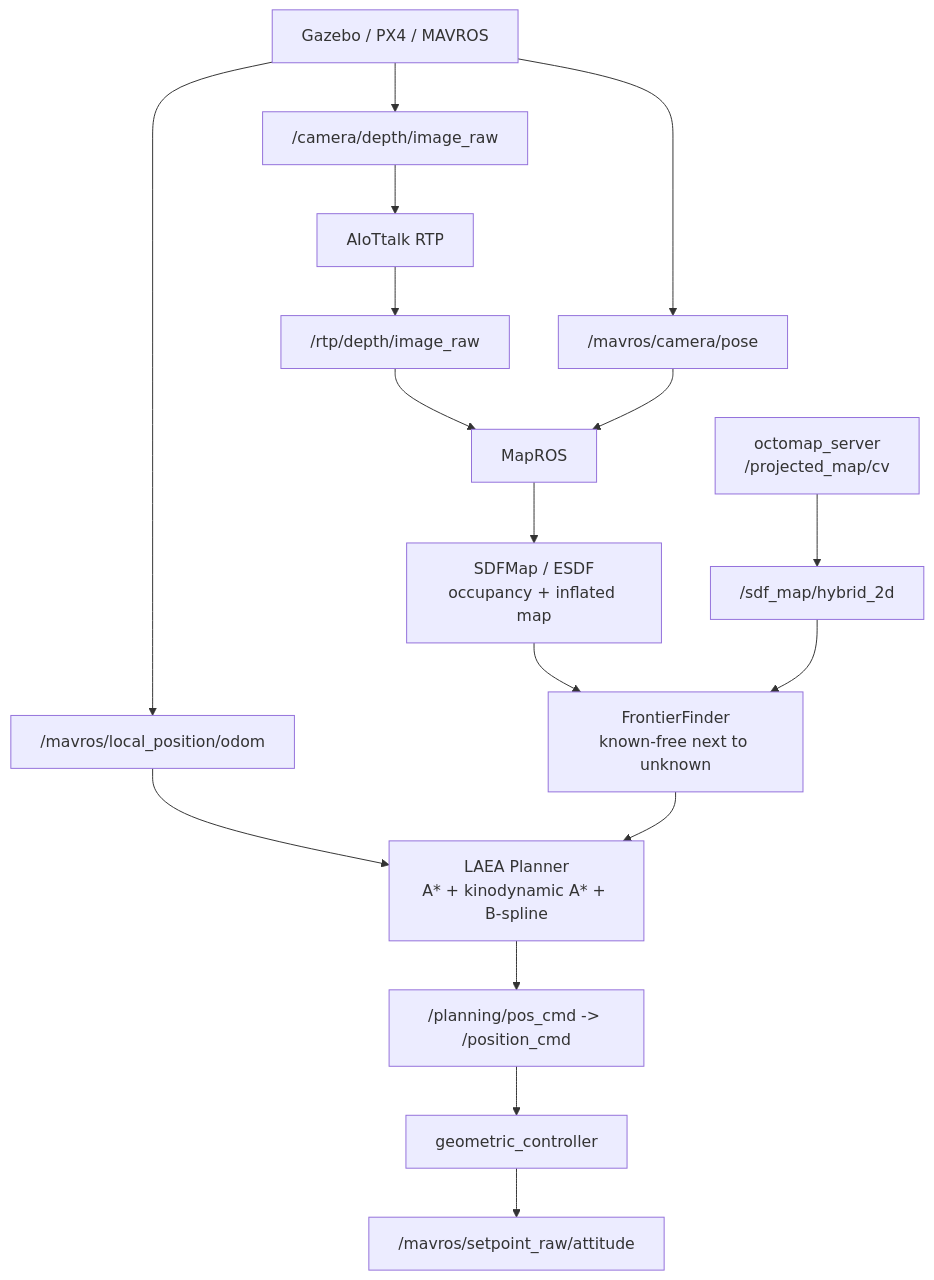
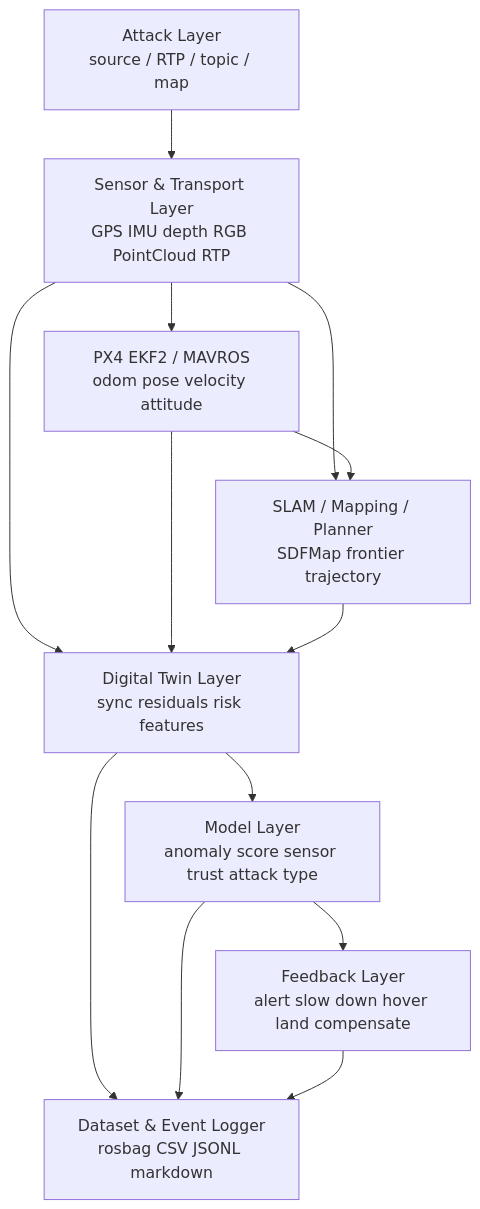
One commit to ting0525/LAEA changed the first of 2 diagrams in RESEARCH_PLAN.md. Above: the diagram before and after it, drawn with Mermaid. The commit also changed other lines of this file and 5 other files, not shown here.

Commit message:
Document LAEA architecture and research roadmap

````diff
--- a/RESEARCH_PLAN.md
+++ b/RESEARCH_PLAN.md
@@ -38,37 +37,24 @@
 ```mermaid
 flowchart TD
-    gazebo["Gazebo / PX4 / MAVROS"]
+    attack["Attack Layer\nsource / RTP / topic / map"]
+    sensors["Sensor & Transport Layer\nGPS IMU depth RGB PointCloud RTP"]
+    ekf["PX4 EKF2 / MAVROS\nodom pose velocity attitude"]
+    slam["SLAM / Mapping / Planner\nSDFMap frontier trajectory"]
+    dt["Digital Twin Layer\nsync residuals risk features"]
+    model["Model Layer\nanomaly score sensor trust attack type"]
+    feedback["Feedback Layer\nalert slow down hover land compensate"]
+    logger["Dataset & Event Logger\nrosbag CSV JSONL markdown"]
 
-    depth_src["/camera/depth/image_raw"]
-    depth_rtp["AIoTtalk RTP"]
-    rtp_depth["/rtp/depth/image_raw"]
-
-    camera_pose["/mavros/camera/pose"]
-    odom["/mavros/local_position/odom"]
-
-    mapros["MapROS"]
-    sdf["SDFMap / ESDF\noccupancy + inflated map"]
-    octomap["octomap_server\n/projected_map/cv"]
-    hybrid["/sdf_map/hybrid_2d"]
-
-    frontier["FrontierFinder\nknown-free next to unknown"]
-    planner["LAEA Planner\nA* + kinodynamic A* + B-spline"]
-    cmd["/planning/pos_cmd -> /position_cmd"]
-    controller["geometric_controller"]
-    mavros_cmd["/mavros/setpoint_raw/attitude"]
-
-    gazebo --> depth_src --> depth_rtp --> rtp_depth
-    gazebo --> camera_pose
-    gazebo --> odom
-
-    rtp_depth --> mapros
-    camera_pose --> mapros
-    mapros --> sdf
-
-    octomap --> hybrid
-    sdf --> frontier
-    hybrid --> frontier
-    odom --> planner
-    frontier --> planner
-    planner --> cmd --> controller --> mavros_cmd
+    attack --> sensors
+    sensors --> ekf
+    sensors --> slam
+    ekf --> slam
+    sensors --> dt
+    ekf --> dt
+    slam --> dt
+    dt --> model
+    model --> feedback
+    dt --> logger
+    model --> logger
+    feedback --> logger
 ```
````
